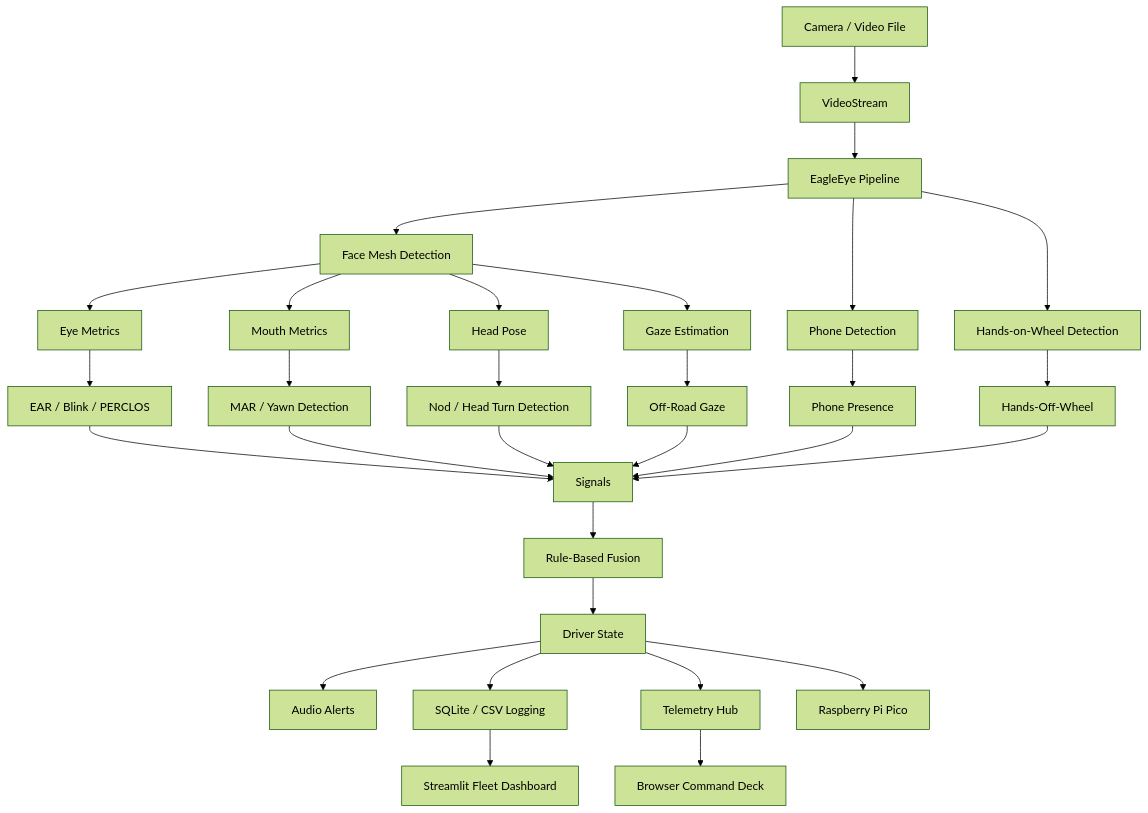
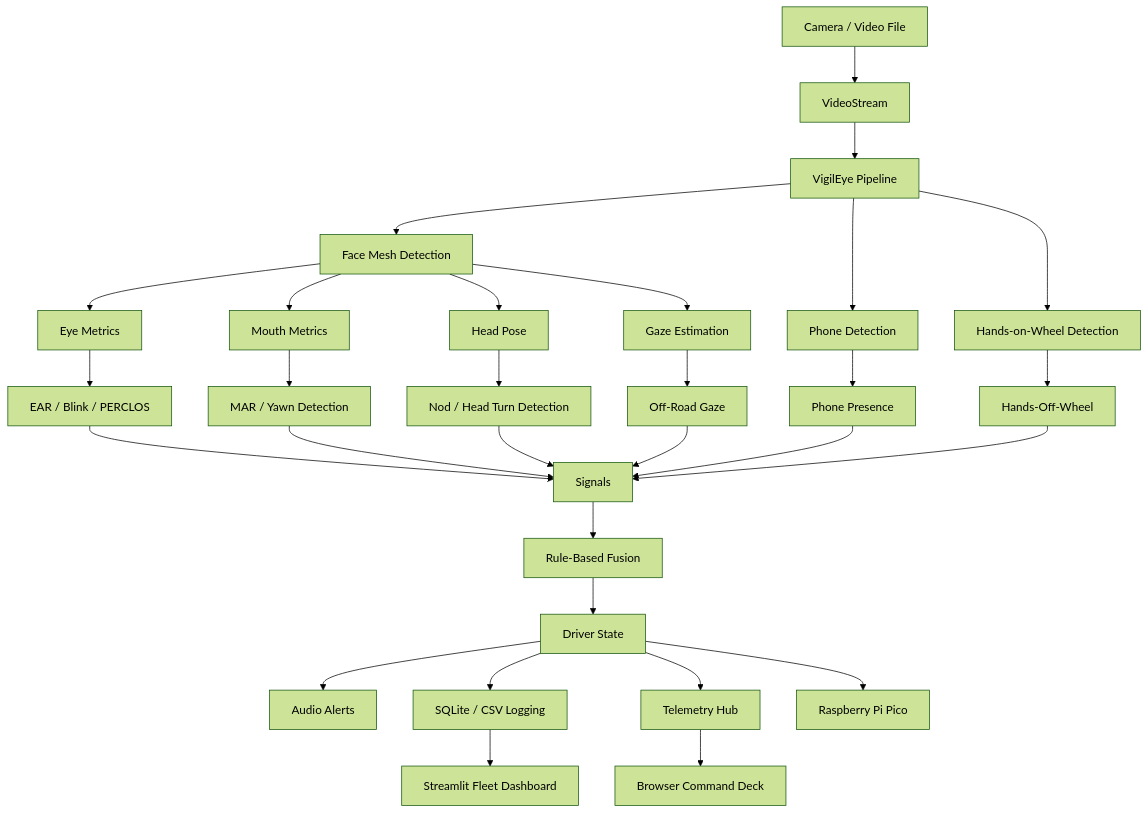
One commit to rijin-bhaskaran/EagleEye changed the first of 7 diagrams in README.md. Above: the diagram before and after it, drawn with Mermaid (forest theme). The commit also changed other lines of this file and 34 other files, not shown here.

````diff
--- a/README.md
+++ b/README.md
@@ -73,40 +73,40 @@
 ```mermaid
 flowchart TB
     A[Camera / Video File] --> B[VideoStream]
-    B --> C[EagleEye Pipeline]
+    B --> C[VigilEye Pipeline]
 
     C --> D[Face Mesh Detection]
     C --> E[Phone Detection]
     C --> F[Hands-on-Wheel Detection]
 
     D --> G[Eye Metrics]
     D --> H[Mouth Metrics]
     D --> I[Head Pose]
     D --> J[Gaze Estimation]
 
     G --> K[EAR / Blink / PERCLOS]
     H --> L[MAR / Yawn Detection]
     I --> M[Nod / Head Turn Detection]
     J --> N[Off-Road Gaze]
 
     E --> O[Phone Presence]
     F --> P[Hands-Off-Wheel]
 
     K --> Q[Signals]
     L --> Q
     M --> Q
     N --> Q
     O --> Q
     P --> Q
 
     Q --> R[Rule-Based Fusion]
     R --> S[Driver State]
 
     S --> T[Audio Alerts]
     S --> U[SQLite / CSV Logging]
     S --> V[Telemetry Hub]
     S --> W[Raspberry Pi Pico]
 
     V --> X[Browser Command Deck]
     U --> Y[Streamlit Fleet Dashboard]
 ```
````
